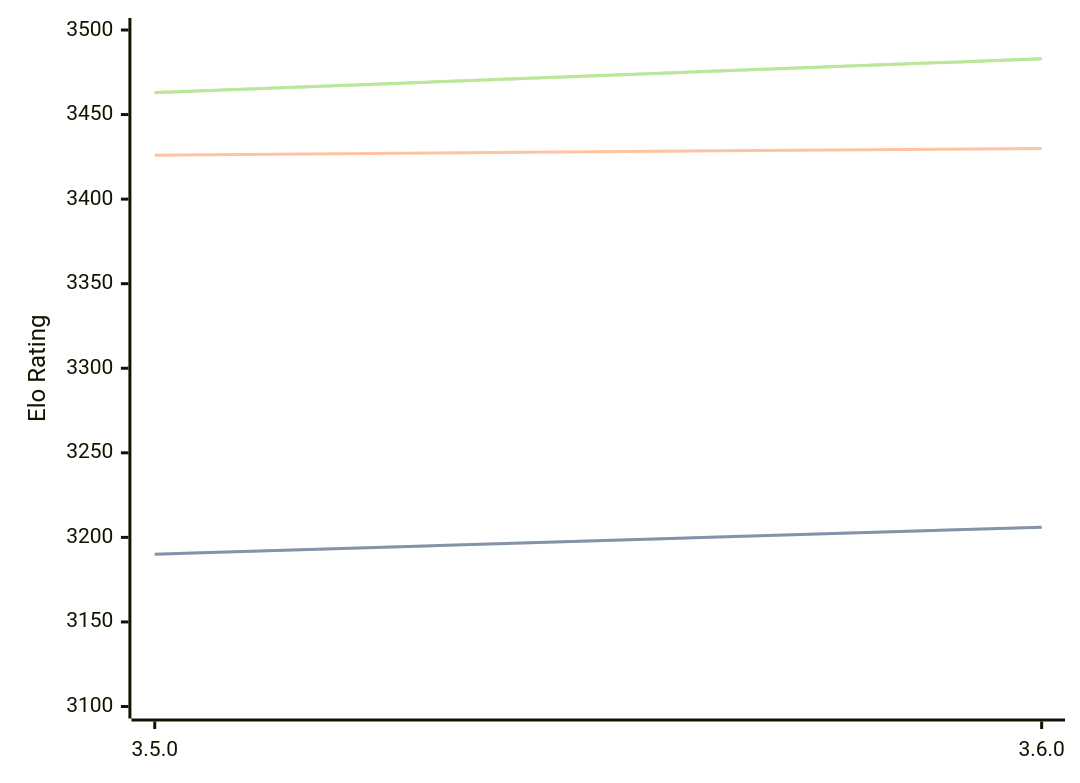
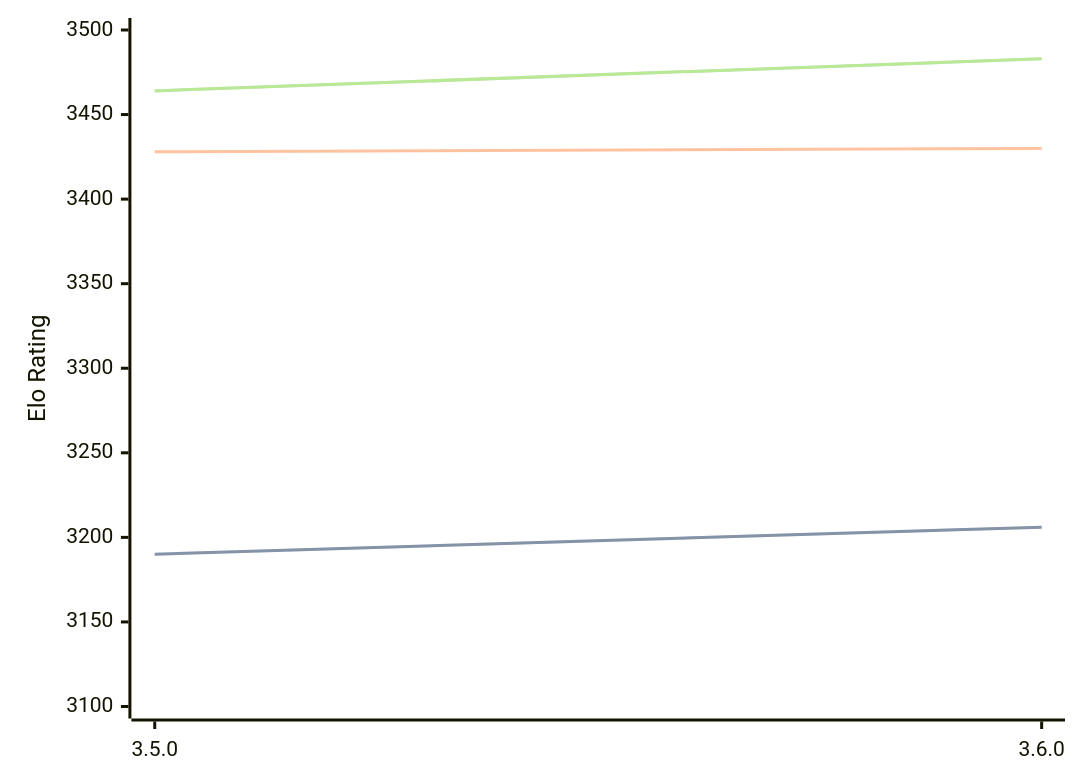
The diagram in engines/Igel.md (computer-chess-index/cci), drawn with Mermaid before and after one commit. The commit also changed other lines of this file, not shown here.

Commit message:
Update CCI Ratings (ELO VLTC) - 2026-04-05

````diff
--- a/engines/Igel.md
+++ b/engines/Igel.md
@@ -68,11 +68,11 @@
 ```mermaid
 %%{init: {"theme":"base","themeVariables":{"seriesColors:['#a3a3a3','#222221','#faa371']}}}%%
 xychart-beta
   x-axis ["3.5.0", "3.6.0"]
   y-axis "Elo Rating" 3100 --> 3500
   line "STC (8.0+0.08s)" [3190, 3206]
   line "STC (8.0+0.08s)" [3190, 3206]
-  line "LTC (60.0+0.60s)" [3426, 3430]
-  line "VLTC (2m24s+1.12s)" [3463, 3483]
-  line "VLTC (2m24s+1.12s)" [3463, 3483]
+  line "LTC (60.0+0.60s)" [3428, 3430]
+  line "VLTC (2m24s+1.12s)" [3464, 3483]
+  line "VLTC (2m24s+1.12s)" [3464, 3483]
 ```
````
